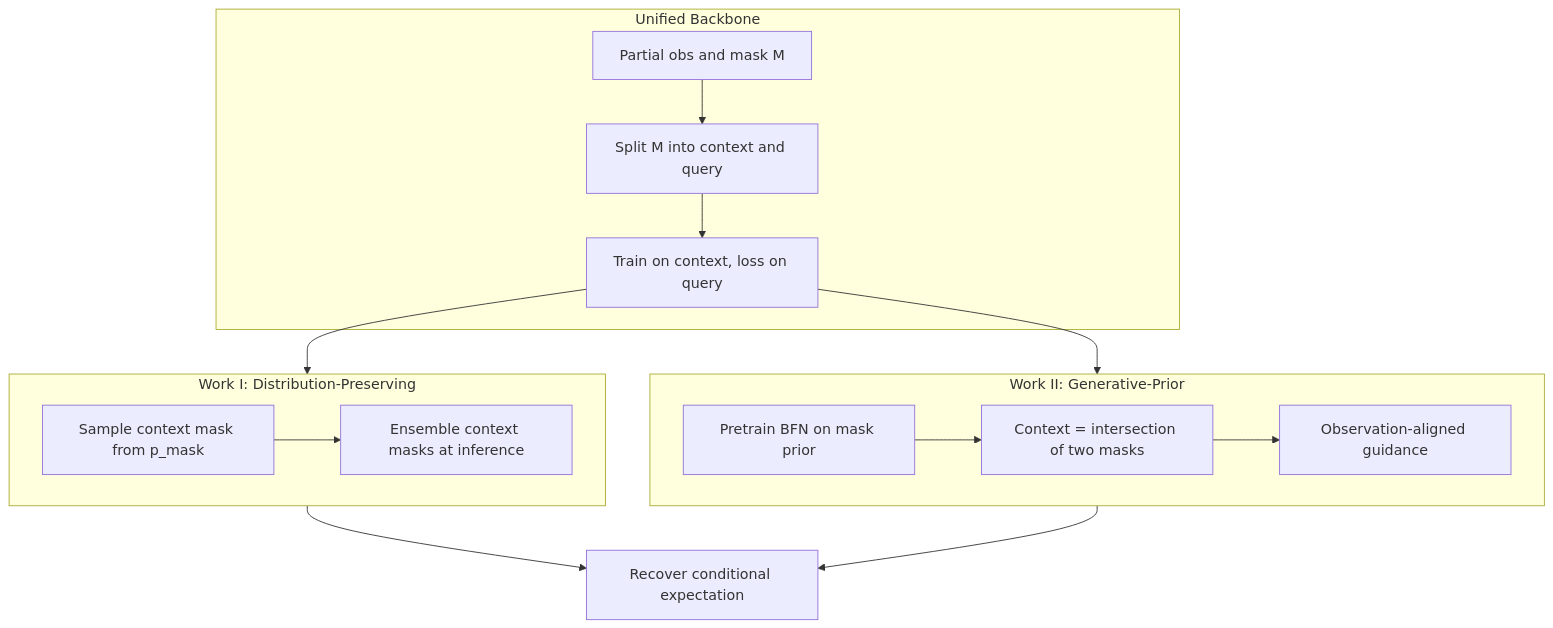
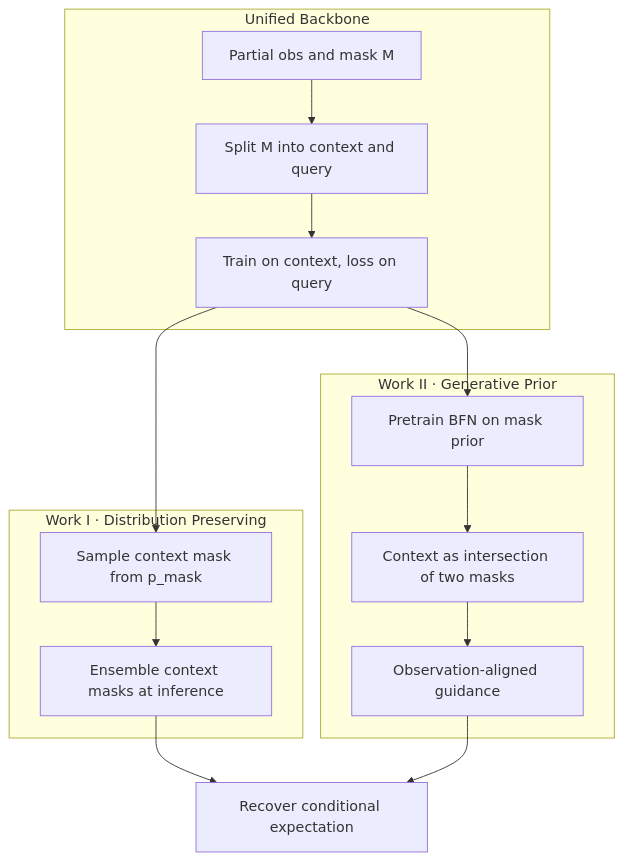
The diagram in _research/context-query-dynamics.md (zzhnomorebugs/zzhnomorebugs.github.io), drawn with Mermaid before and after one commit. The commit also changed 6 other files, not shown here.

```diff
--- a/_research/context-query-dynamics.md
+++ b/_research/context-query-dynamics.md
@@ -39,27 +39,31 @@
 <div class="mermaid">
 flowchart TB
-  subgraph backbone[Unified Backbone]
+  subgraph backbone [Unified Backbone]
     obs["Partial obs and mask M"]
     split["Split M into context and query"]
     train["Train on context, loss on query"]
-    obs --> split --> train
+    obs --> split
+    split --> train
   end
 
-  subgraph work1["Work I: Distribution-Preserving"]
+  subgraph work1 [Work I · Distribution Preserving]
     part1["Sample context mask from p_mask"]
     ens["Ensemble context masks at inference"]
     part1 --> ens
   end
 
-  subgraph work2["Work II: Generative-Prior"]
+  subgraph work2 [Work II · Generative Prior]
     bfn["Pretrain BFN on mask prior"]
-    inter["Context = intersection of two masks"]
+    inter["Context as intersection of two masks"]
     guide["Observation-aligned guidance"]
-    bfn --> inter --> guide
+    bfn --> inter
+    inter --> guide
   end
 
-  train --> work1
-  train --> work2
-  work1 --> out["Recover conditional expectation"]
-  work2 --> out
+  out["Recover conditional expectation"]
+
+  train --> part1
+  train --> bfn
+  ens --> out
+  guide --> out
 </div>
```
